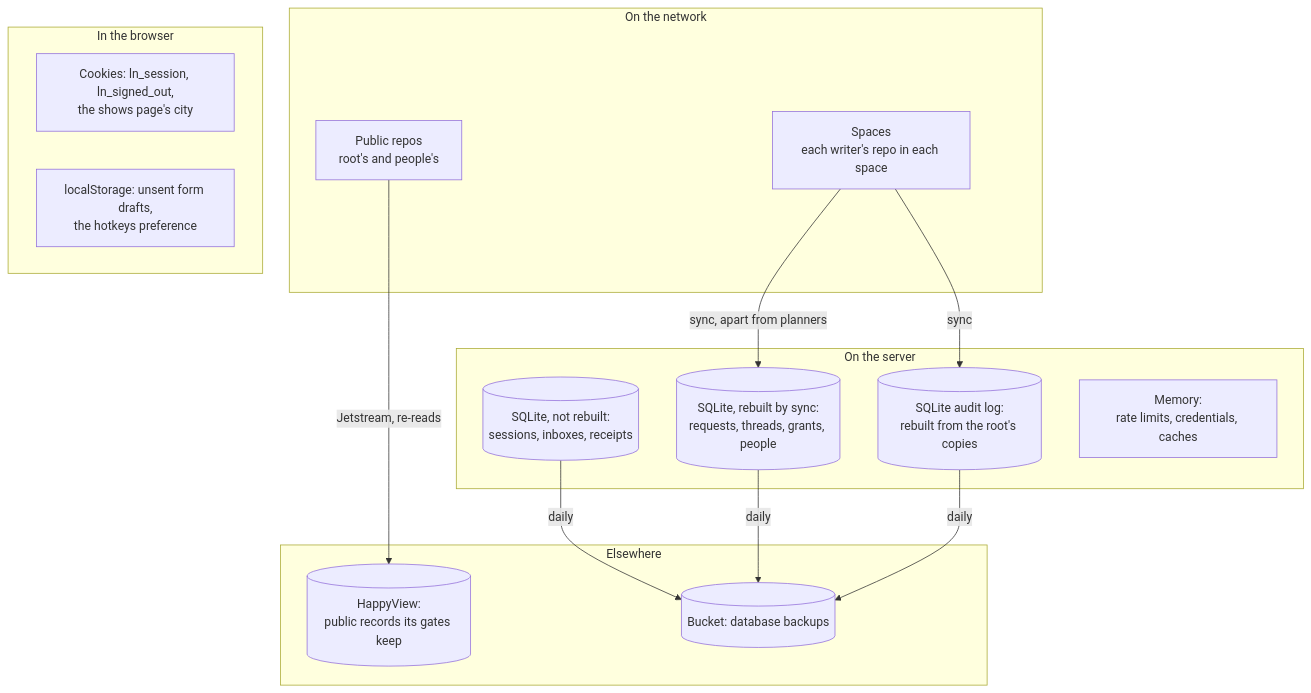
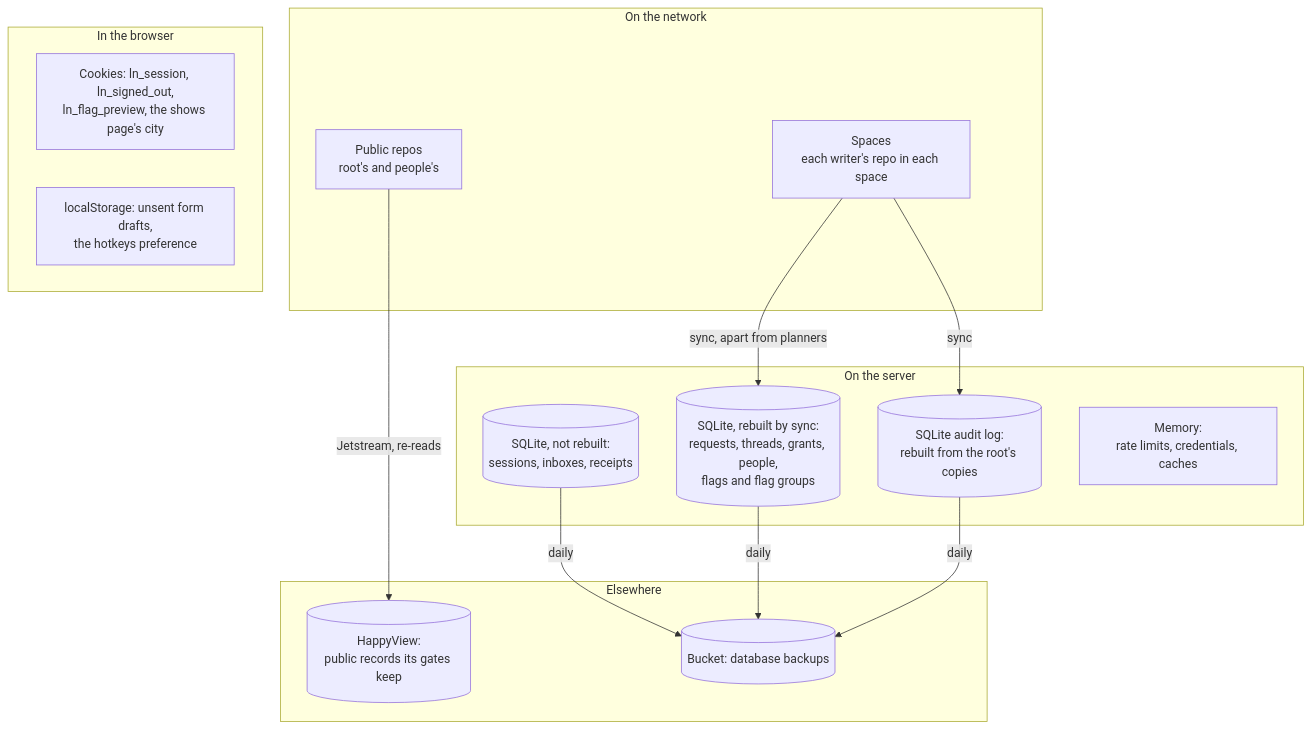
One commit to cutenode/localnetwork changed the seventh of 11 diagrams in apps/web/README.md. Above: the diagram before and after it, drawn with Mermaid. The commit also changed other lines of this file and 8 other files, not shown here.

First line of the commit message:
docs(web): bring the diagrams in line with the code

````diff
--- a/apps/web/README.md
+++ b/apps/web/README.md
@@ -560,27 +561,27 @@
 ```mermaid
 flowchart TD
   subgraph Network["On the network"]
     Repos["Public repos<br/>root's and people's"]
     Spaces["Spaces<br/>each writer's repo in each space"]
   end
   subgraph Server["On the server"]
-    Index[("SQLite, rebuilt by sync:<br/>requests, threads, grants, people")]
+    Index[("SQLite, rebuilt by sync:<br/>requests, threads, grants, people,<br/>flags and flag groups")]
     Only[("SQLite, not rebuilt:<br/>sessions, inboxes, receipts")]
     Outbox[("SQLite audit log:<br/>rebuilt from the root's copies")]
     Memory["Memory:<br/>rate limits, credentials, caches"]
   end
   subgraph Elsewhere["Elsewhere"]
     HV[("HappyView:<br/>public records its gates keep")]
     Bucket[("Bucket: database backups")]
   end
   subgraph Client["In the browser"]
-    Cookies["Cookies: ln_session, ln_signed_out,<br/>the shows page's city"]
+    Cookies["Cookies: ln_session, ln_signed_out,<br/>ln_flag_preview, the shows page's city"]
     Local["localStorage: unsent form drafts,<br/>the hotkeys preference"]
   end
   Repos -- "Jetstream, re-reads" --> HV
   Spaces -- "sync, apart from planners" --> Index
   Spaces -- "sync" --> Outbox
   Only -- "daily" --> Bucket
   Index -- "daily" --> Bucket
   Outbox -- "daily" --> Bucket
 ```
````
